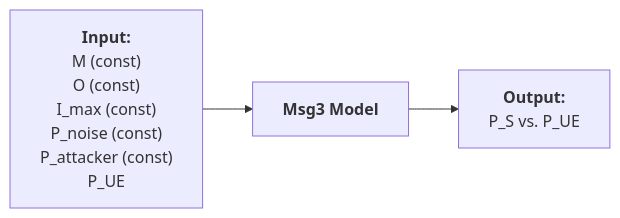
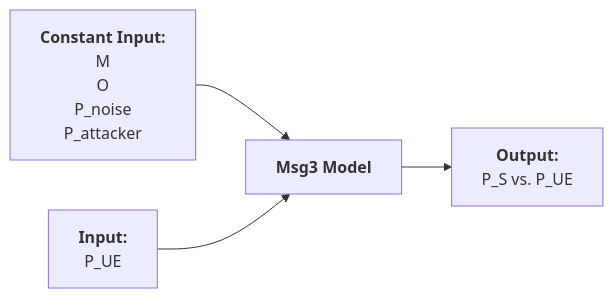
Before and after one commit to bmw-ece-ntust/wilfrid-prach-attack-analysis: the fourth of 4 diagrams in docs/20250307 Thesis (PRACH Attack Problem Definition).md, drawn with Mermaid. The commit also changed other lines of this file, not shown here.

Commit message:
Update 20250307 Thesis (PRACH Attack Problem Definition).md

````diff
--- a/docs/20250307 Thesis (PRACH Attack Problem Definition).md
+++ b/docs/20250307 Thesis (PRACH Attack Problem Definition).md
@@ -268,14 +268,16 @@
 ```mermaid
 flowchart LR
-    input["`**Input:**
-    M (const)
-    O (const)
-    I_max (const)
-    P_noise (const)
-    P_attacker (const)
+    inputC["`**Constant Input:**
+    M
+    O
+    P_noise
+    P_attacker`"]
+    inputV["`**Input:**
     P_UE`"]
     process["`**Msg3 Model**`"]
     output["`**Output:**
     P_S vs. P_UE`"]
-    input --> process --> output
+    inputC --> process
+    inputV --> process
+    process --> output
 ```
````
